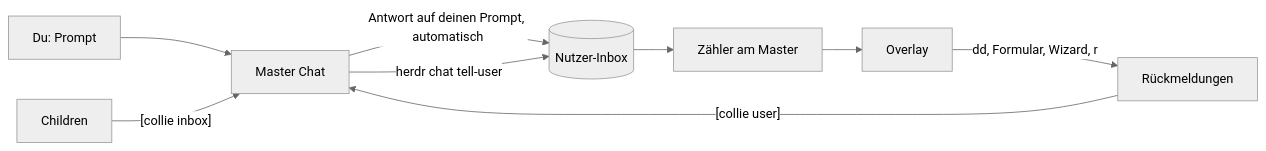
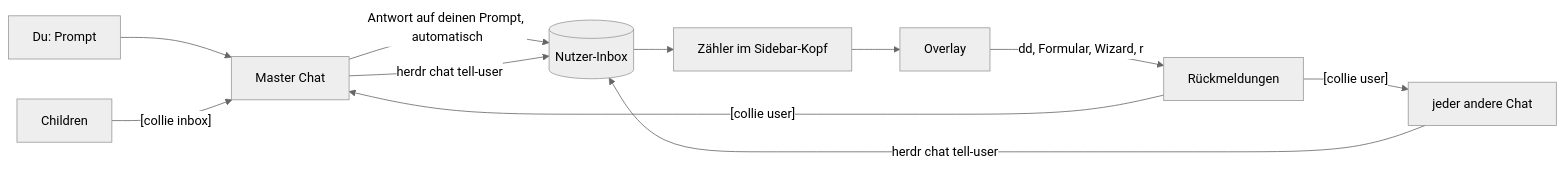
One commit to cellexec/collie changed the diagram in docs/specs/user-inbox.md. Above: the diagram before and after it, drawn with Mermaid (neutral theme). The commit also changed other lines of this file and 26 other files, not shown here.

````diff
--- a/docs/specs/user-inbox.md
+++ b/docs/specs/user-inbox.md
@@ -10,11 +11,13 @@
 ```mermaid
 flowchart LR
   U[Du: Prompt] --> M[Master Chat]
   C[Children] -- "[collie inbox]" --> M
   M -- "Antwort auf deinen Prompt, automatisch" --> I[(Nutzer-Inbox)]
   M -- "herdr chat tell-user" --> I
-  I --> Z[Zähler am Master]
+  A[jeder andere Chat] -- "herdr chat tell-user" --> I
+  I --> Z[Zähler im Sidebar-Kopf]
   Z --> O[Overlay]
   O -- "dd, Formular, Wizard, r" --> R[Rückmeldungen]
   R -- "[collie user]" --> M
+  R -- "[collie user]" --> A
 ```
````
